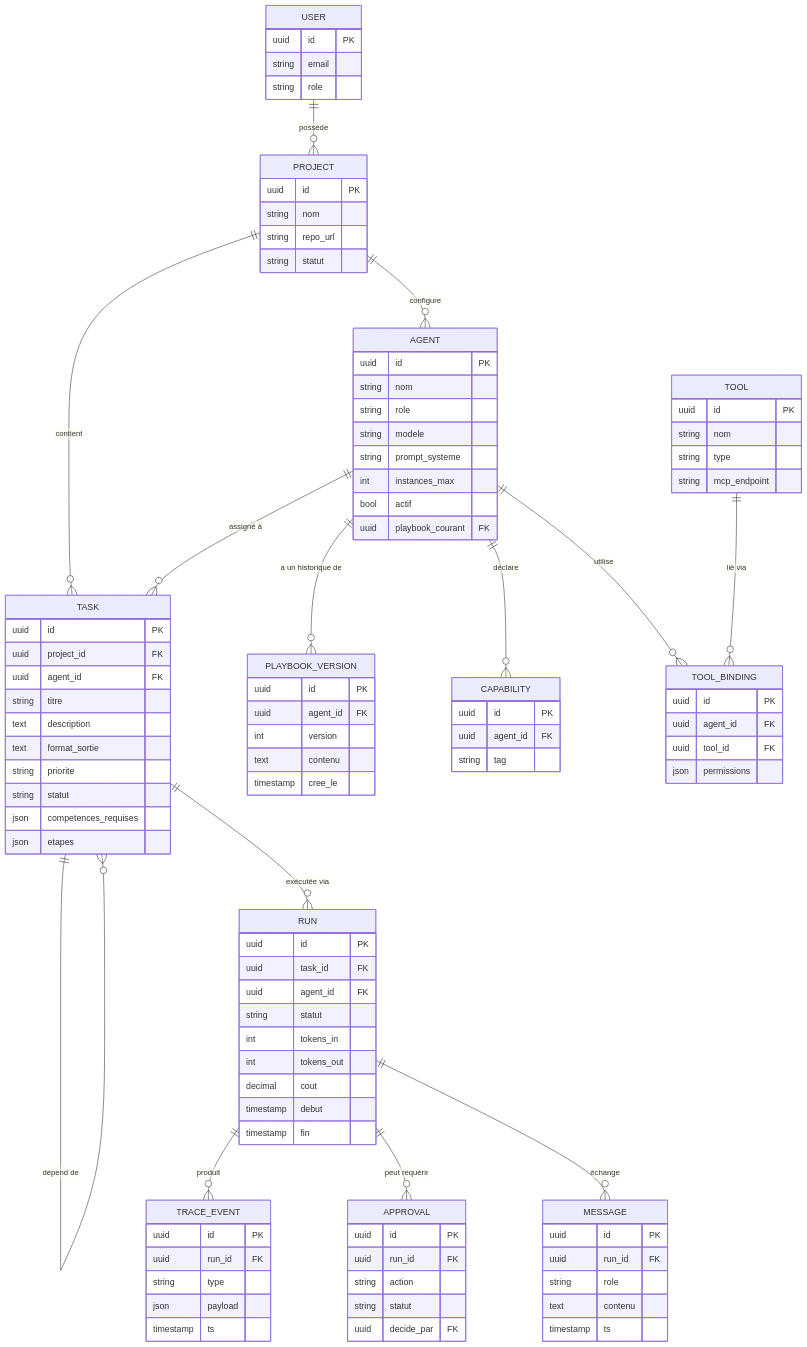
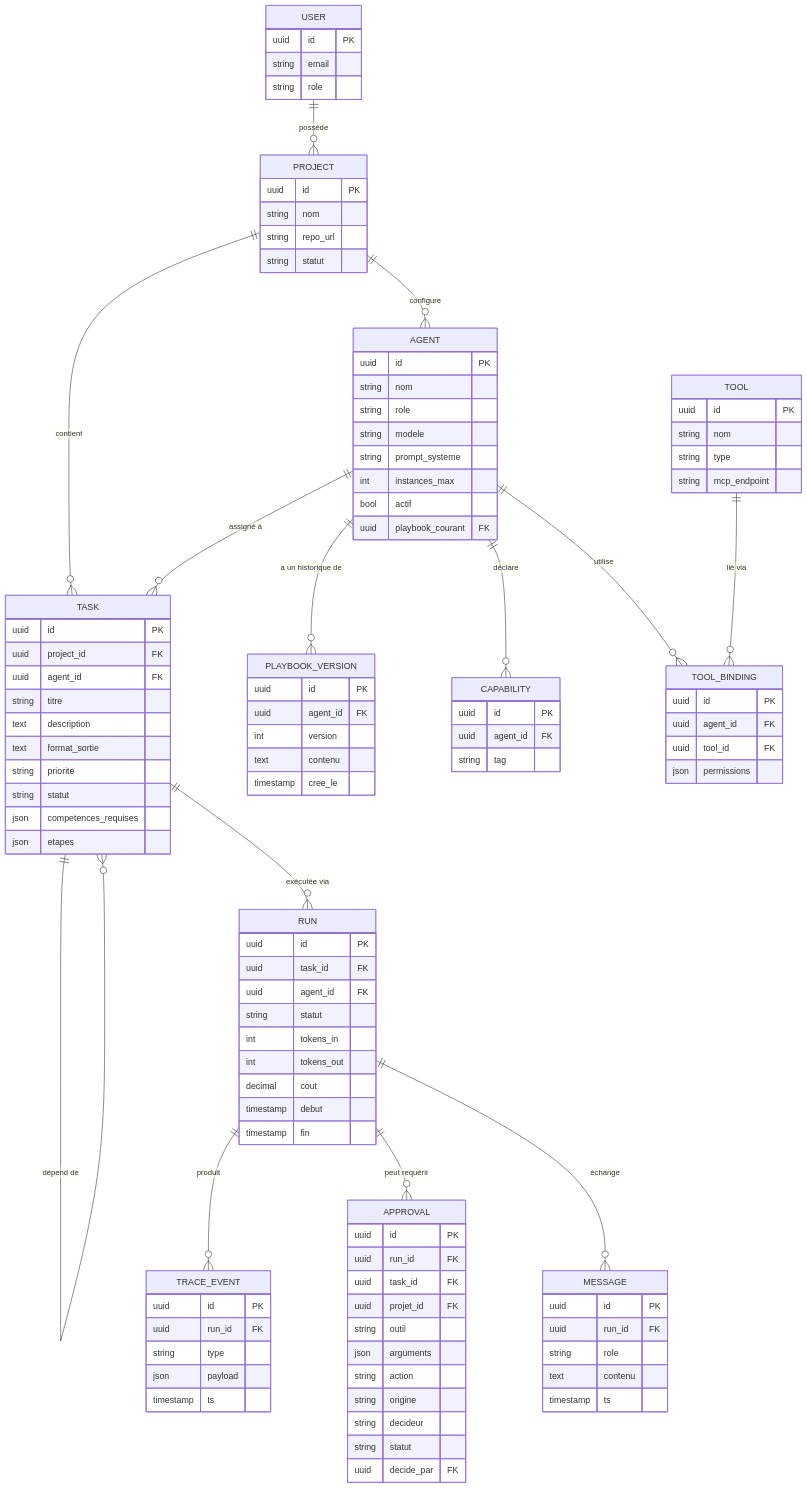
Before and after one commit to automatemaestro-create/maestro: the first of 2 diagrams in docs/03-modele-de-donnees.md, drawn with Mermaid. The commit also changed other lines of this file and 10 other files, not shown here.

```diff
--- a/docs/03-modele-de-donnees.md
+++ b/docs/03-modele-de-donnees.md
@@ -89,7 +89,13 @@
     APPROVAL {
         uuid id PK
         uuid run_id FK
+        uuid task_id FK
+        uuid projet_id FK
+        string outil
+        json arguments
         string action
+        string origine
+        string decideur
         string statut
         uuid decide_par FK
     }
```
